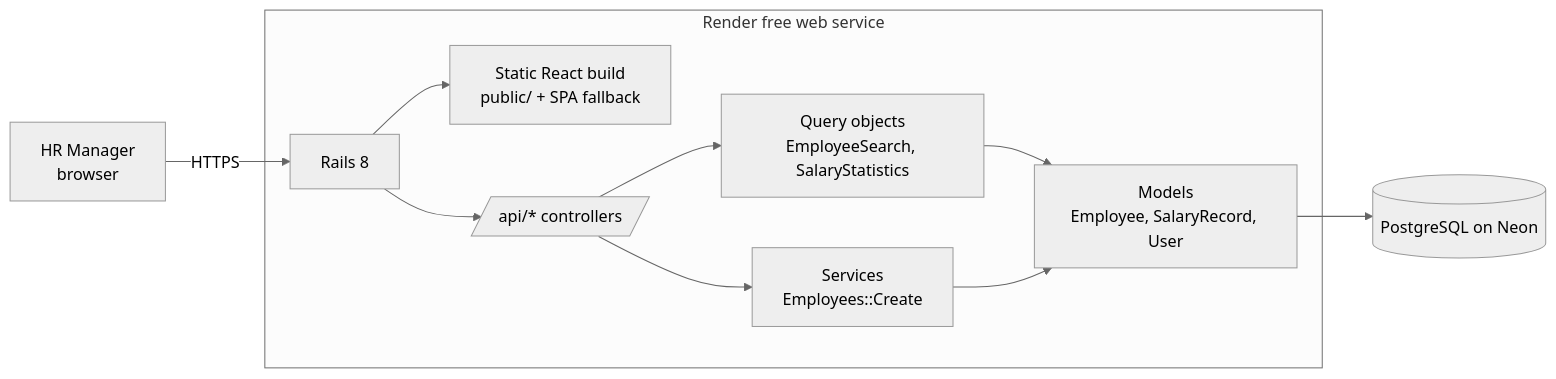
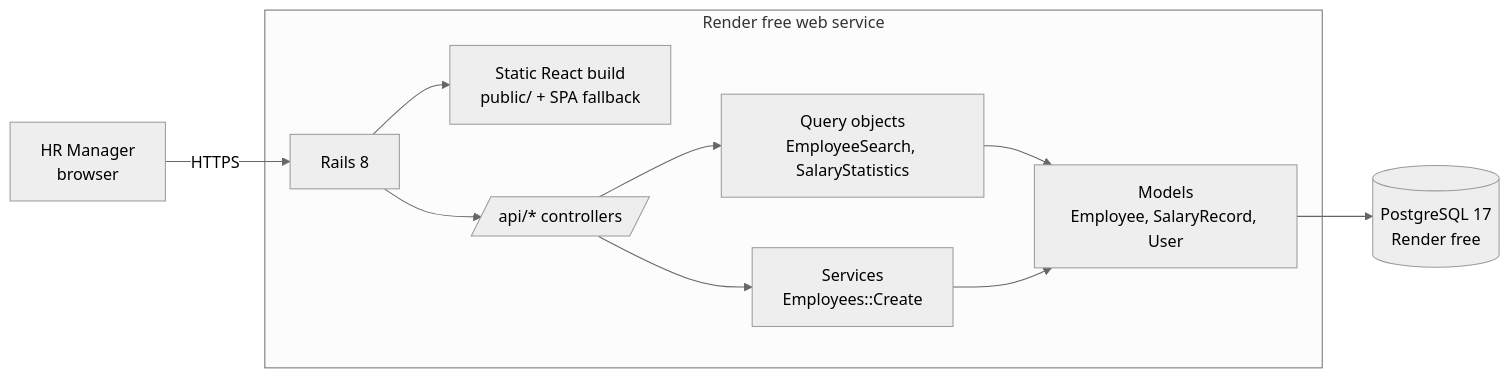
Before and after one commit to y0gesh02/Salary-Management: the first of 2 diagrams in docs/design.md, drawn with Mermaid (neutral theme). The commit also changed other lines of this file and 5 other files, not shown here.

````diff
--- a/docs/design.md
+++ b/docs/design.md
@@ -11,15 +11,15 @@
 ```mermaid
 flowchart LR
   HR[HR Manager<br/>browser] -->|HTTPS| R
 
   subgraph Render[Render free web service]
     R[Rails 8] --> SPA[Static React build<br/>public/ + SPA fallback]
     R --> API[/api/* controllers/]
     API --> Q[Query objects<br/>EmployeeSearch, SalaryStatistics]
     API --> S[Services<br/>Employees::Create]
     Q --> M[Models<br/>Employee, SalaryRecord, User]
     S --> M
   end
 
-  M --> PG[(PostgreSQL on Neon)]
+  M --> PG[(PostgreSQL 17<br/>Render free)]
 ```
````
